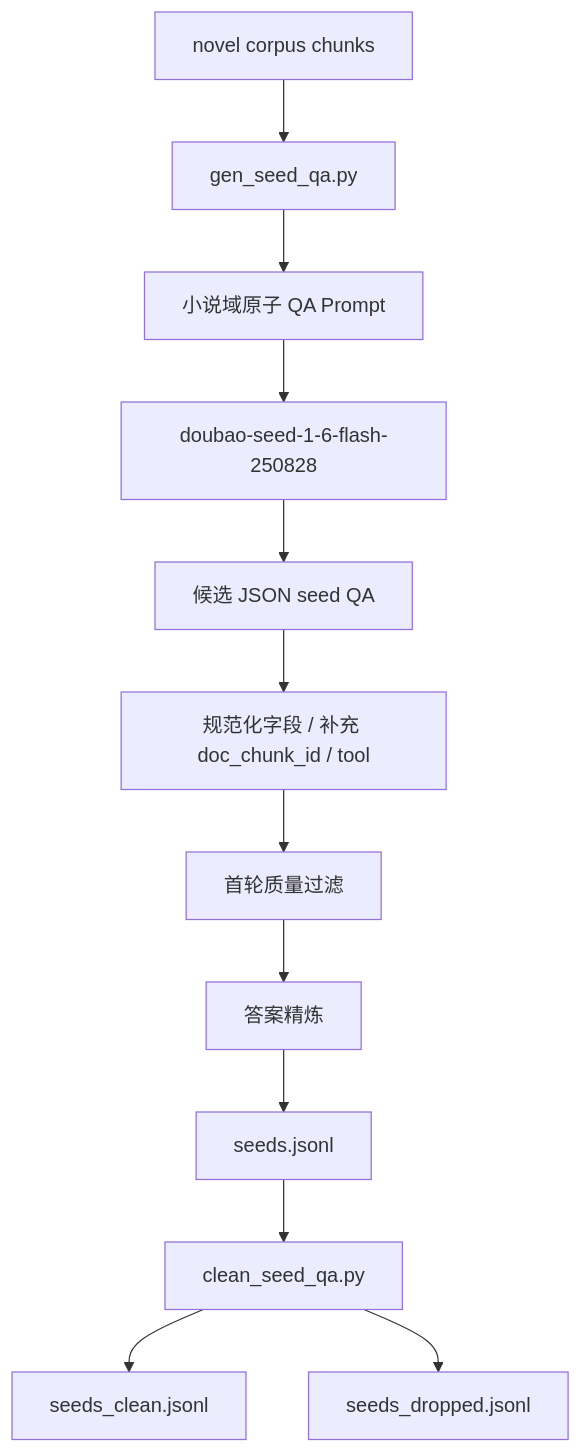
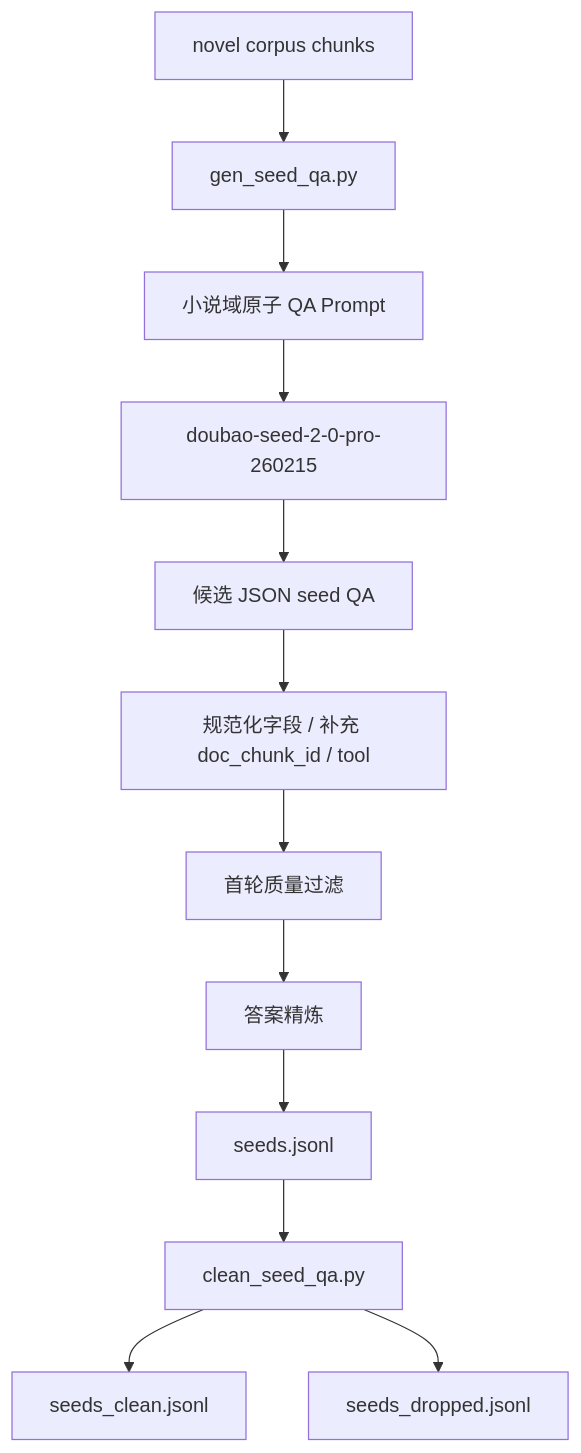
Before and after one commit to Lafinger/AgenticRAG-RL: the fifth of 16 diagrams in demo/README.md, drawn with Mermaid. The commit also changed other lines of this file and 3 other files, not shown here.

````diff
--- a/demo/README.md
+++ b/demo/README.md
@@ -282,14 +282,14 @@
 ```mermaid
 flowchart TD
     A["novel corpus chunks"] --> B["gen_seed_qa.py"]
     B --> C["小说域原子 QA Prompt"]
-    C --> D["doubao-seed-1-6-flash-250828"]
+    C --> D["doubao-seed-2-0-pro-260215"]
     D --> E["候选 JSON seed QA"]
     E --> F["规范化字段 / 补充 doc_chunk_id / tool"]
     F --> G["首轮质量过滤"]
     G --> H["答案精炼"]
     H --> I["seeds.jsonl"]
     I --> J["clean_seed_qa.py"]
     J --> K["seeds_clean.jsonl"]
     J --> L["seeds_dropped.jsonl"]
 ```
````
